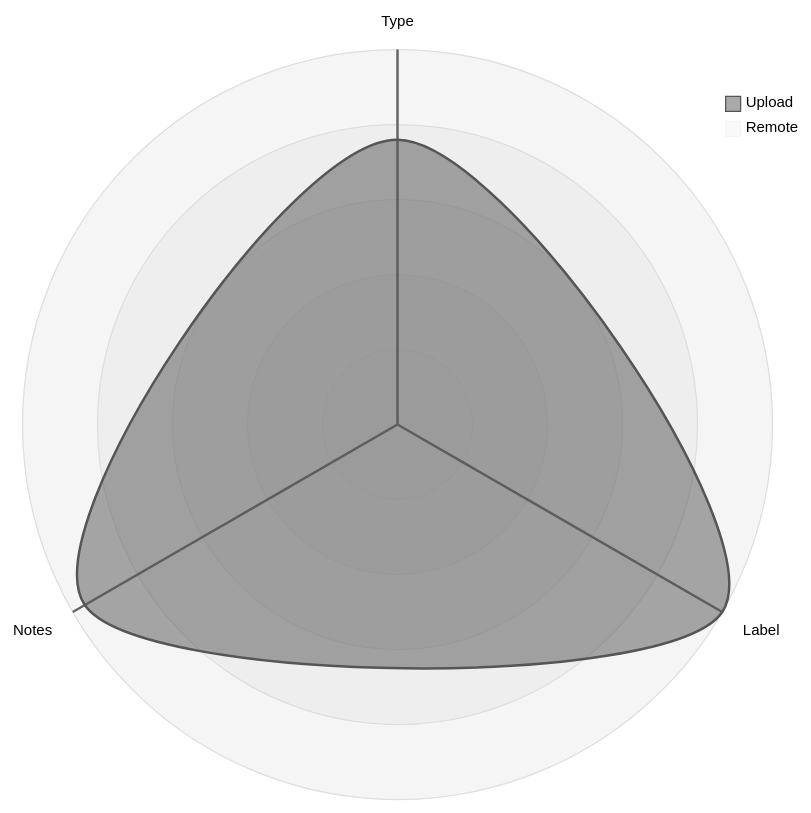
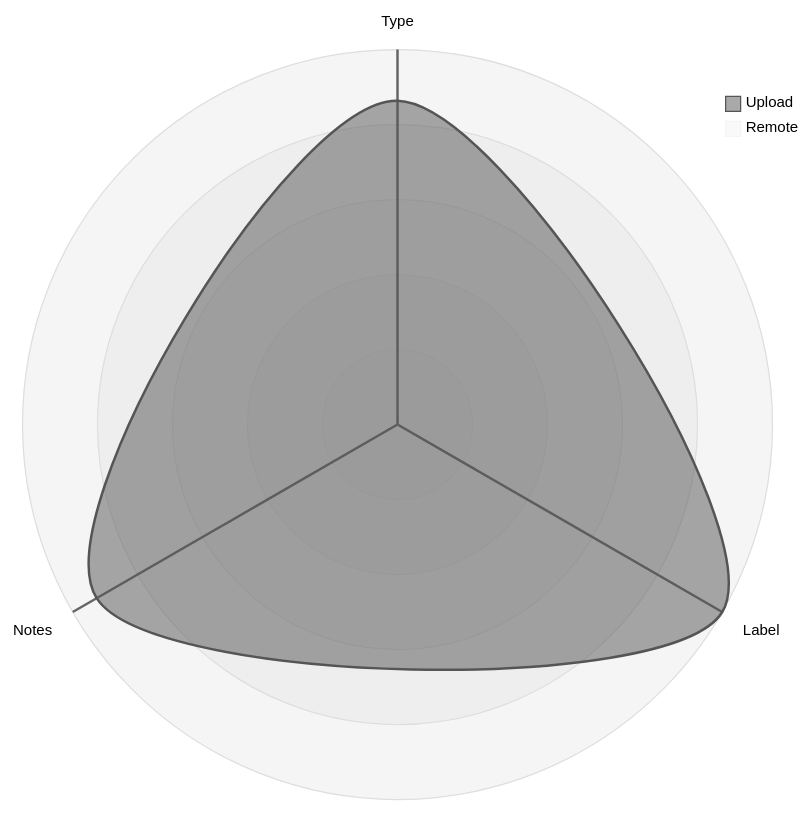
Before and after one commit to open-data/analytics-corporate-reporting: the third of 5 diagrams in datastore_tracker/README.md, drawn with Mermaid (neutral theme). The commit also changed other lines of this file and 9 other files, not shown here.

````diff
--- a/datastore_tracker/README.md
+++ b/datastore_tracker/README.md
@@ -104,12 +104,12 @@
 ```mermaid
 radar-beta
   axis T["Type"], L["Label"], N["Notes"]
-  curve u["Upload"]{0.00082, 0.00108, 0.00104}
+  curve u["Upload"]{0.00082, 0.00095, 0.00088}
   curve r["Remote"]{0, 0, 0}
 
   showLegend true
 
   min 0
   graticule circle
   ticks 5
 ```
````
